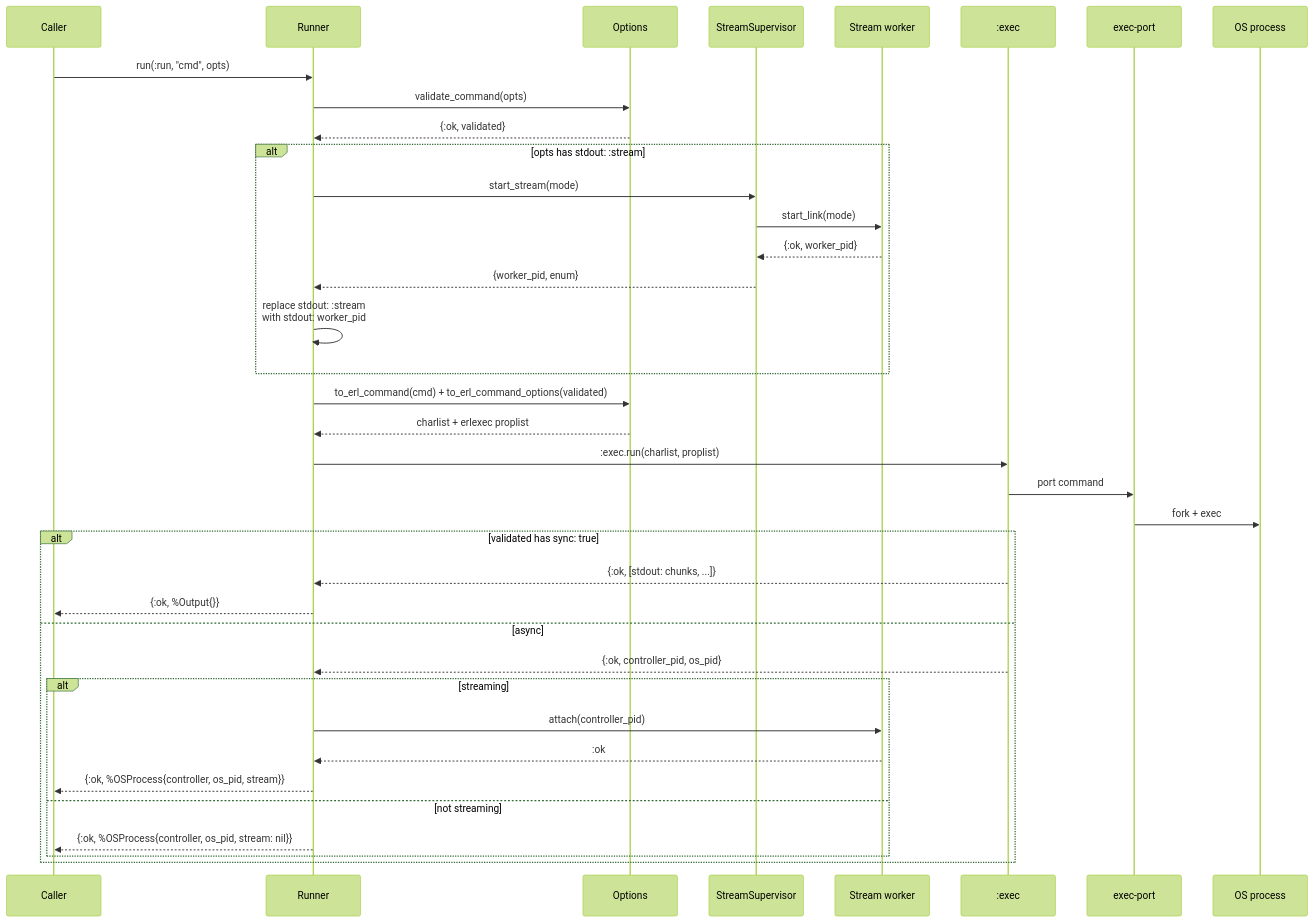
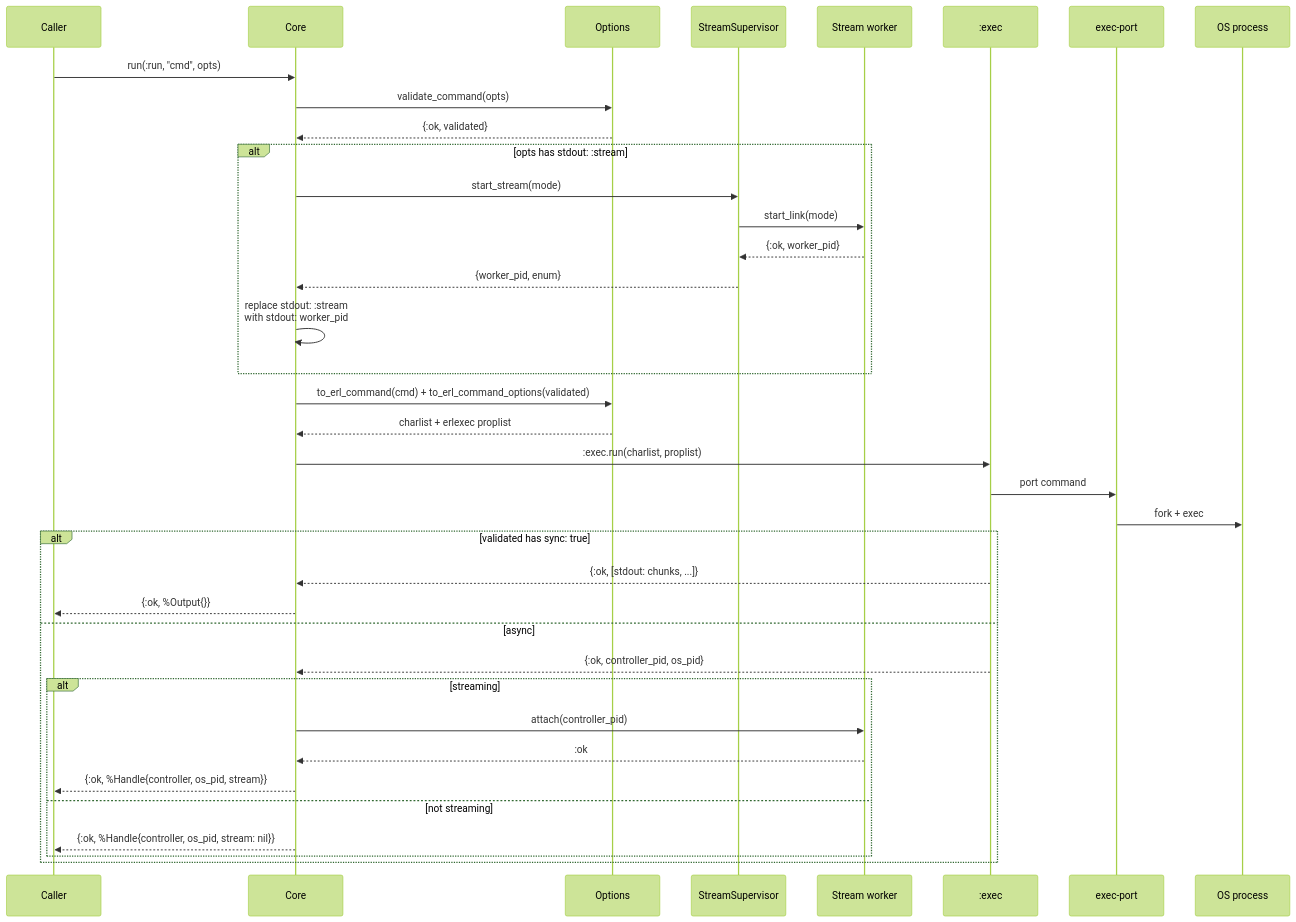
One commit to cylkdev/elixir_exec changed the fourth of 5 diagrams in docs/system-architecture.md. Above: the diagram before and after it, drawn with Mermaid (forest theme). The commit also changed other lines of this file and 24 other files, not shown here.

````diff
--- a/docs/system-architecture.md
+++ b/docs/system-architecture.md
@@ -84,44 +84,44 @@
 ```mermaid
 sequenceDiagram
     participant C as Caller
-    participant R as Runner
+    participant R as Core
     participant O as Options
     participant SS as StreamSupervisor
     participant W as Stream worker
     participant E as :exec
     participant K as exec-port
     participant P as OS process
 
     C->>R: run(:run, "cmd", opts)
     R->>O: validate_command(opts)
     O-->>R: {:ok, validated}
 
     alt opts has stdout: :stream
         R->>SS: start_stream(mode)
         SS->>W: start_link(mode)
         W-->>SS: {:ok, worker_pid}
         SS-->>R: {worker_pid, enum}
         R->>R: replace stdout: :stream<br/>with stdout: worker_pid
     end
 
     R->>O: to_erl_command(cmd) + to_erl_command_options(validated)
     O-->>R: charlist + erlexec proplist
     R->>E: :exec.run(charlist, proplist)
     E->>K: port command
     K->>P: fork + exec
 
     alt validated has sync: true
         E-->>R: {:ok, [stdout: chunks, ...]}
         R-->>C: {:ok, %Output{}}
     else async
         E-->>R: {:ok, controller_pid, os_pid}
 
         alt streaming
             R->>W: attach(controller_pid)
             W-->>R: :ok
-            R-->>C: {:ok, %OSProcess{controller, os_pid, stream}}
+            R-->>C: {:ok, %Handle{controller, os_pid, stream}}
         else not streaming
-            R-->>C: {:ok, %OSProcess{controller, os_pid, stream: nil}}
+            R-->>C: {:ok, %Handle{controller, os_pid, stream: nil}}
         end
     end
 ```
````
